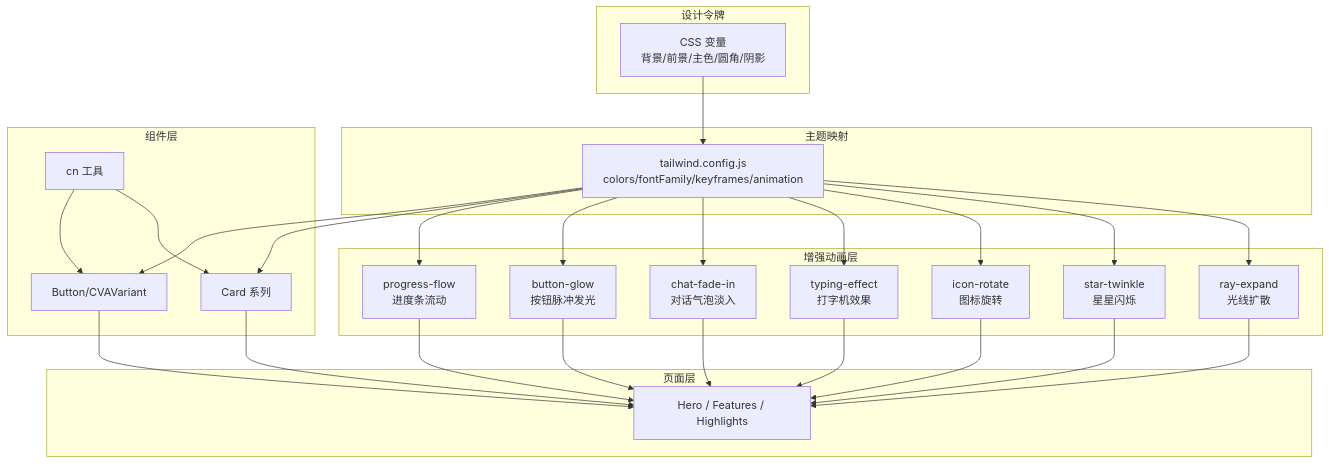
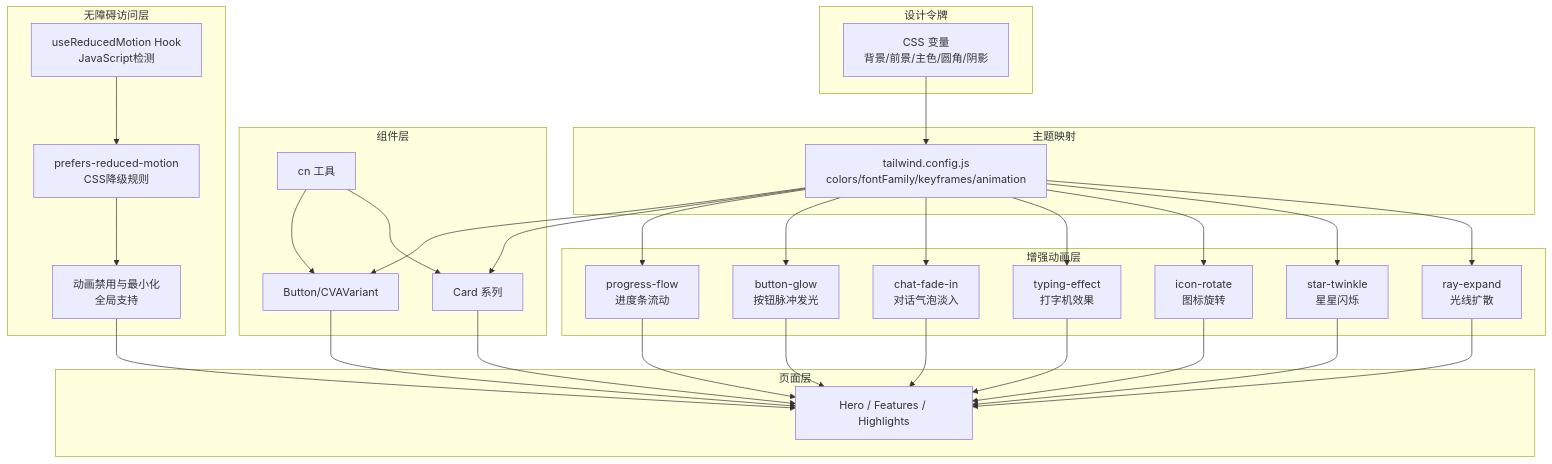
One commit to Primoguo/naolizhi.cn changed the second of 4 diagrams in .qoder/repowiki/zh/content/样式系统.md. Above: the diagram before and after it, drawn with Mermaid. The commit also changed other lines of this file and 73 other files, not shown here.

````diff
--- a/.qoder/repowiki/zh/content/样式系统.md
+++ b/.qoder/repowiki/zh/content/样式系统.md
@@ -129,47 +140,55 @@
 ```mermaid
 graph TB
 subgraph "设计令牌"
 V1["CSS 变量<br/>背景/前景/主色/圆角/阴影"]
 end
 subgraph "主题映射"
 T1["tailwind.config.js<br/>colors/fontFamily/keyframes/animation"]
 end
 subgraph "组件层"
 U1["Button/CVAVariant"]
 U2["Card 系列"]
 U3["cn 工具"]
 end
 subgraph "增强动画层"
 A1["progress-flow<br/>进度条流动"]
 A2["button-glow<br/>按钮脉冲发光"]
 A3["chat-fade-in<br/>对话气泡淡入"]
 A4["typing-effect<br/>打字机效果"]
 A5["icon-rotate<br/>图标旋转"]
 A6["star-twinkle<br/>星星闪烁"]
 A7["ray-expand<br/>光线扩散"]
 end
+subgraph "无障碍访问层"
+R1["useReducedMotion Hook<br/>JavaScript检测"]
+R2["prefers-reduced-motion<br/>CSS降级规则"]
+R3["动画禁用与最小化<br/>全局支持"]
+end
 subgraph "页面层"
 P1["Hero / Features / Highlights"]
 end
 V1 --> T1
 T1 --> U1
 T1 --> U2
 T1 --> A1
 T1 --> A2
 T1 --> A3
 T1 --> A4
 T1 --> A5
 T1 --> A6
 T1 --> A7
+R1 --> R2
+R2 --> R3
+R3 --> P1
 U1 --> P1
 U2 --> P1
 A1 --> P1
 A2 --> P1
 A3 --> P1
 A4 --> P1
 A5 --> P1
 A6 --> P1
 A7 --> P1
 U3 --> U1
 U3 --> U2
 ```
````
